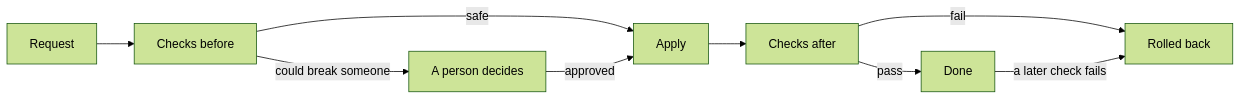
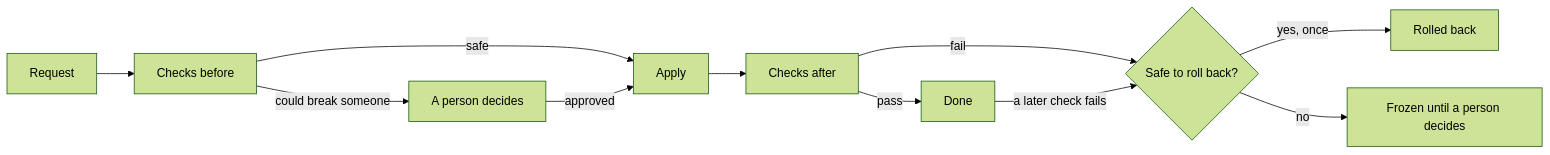
The diagram in integrations/kubernetes/docs/delivery.md (TrianaLab/pacto), drawn with Mermaid (forest theme) before and after one commit. The commit also changed other lines of this file and 7 other files, not shown here.

````diff
--- a/integrations/kubernetes/docs/delivery.md
+++ b/integrations/kubernetes/docs/delivery.md
@@ -23,11 +23,13 @@
 ```mermaid
 flowchart LR
   A[Request] --> B[Checks before]
   B -->|safe| D[Apply]
   B -->|could break someone| C[A person decides]
   C -->|approved| D
   D --> E[Checks after]
   E -->|pass| F[Done]
-  E -->|fail| G[Rolled back]
+  E -->|fail| G{Safe to roll back?}
   F -->|a later check fails| G
+  G -->|yes, once| R[Rolled back]
+  G -->|no| Z[Frozen until a person decides]
 ```
````
